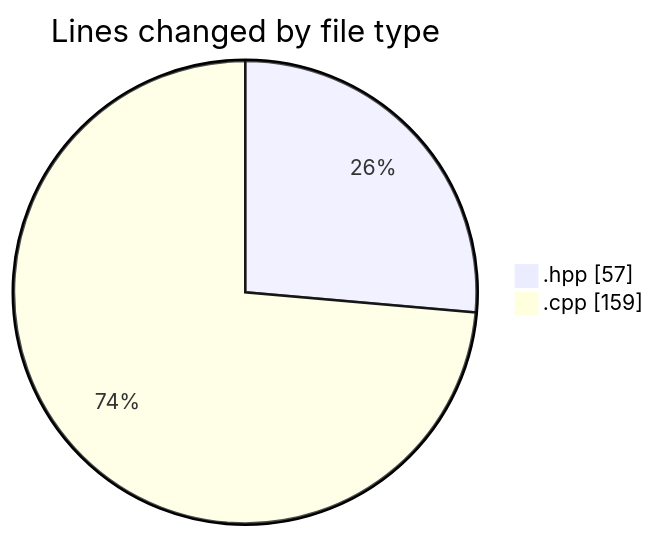
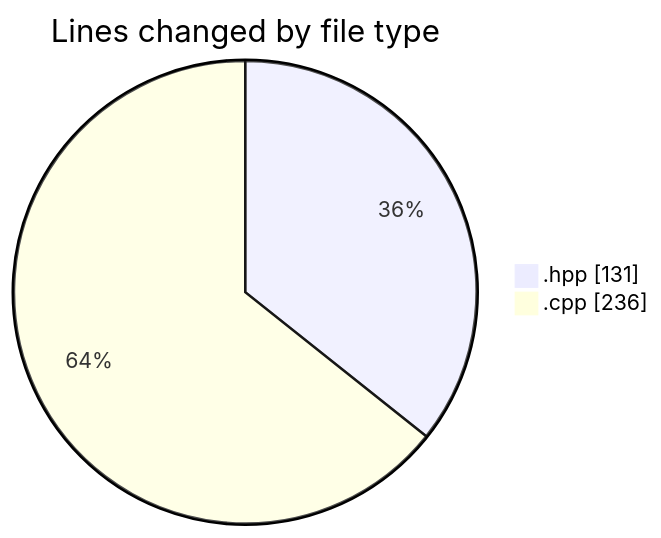
The first of 2 diagrams in 2025-05-04/date/README.md (Netris89/code-tracking), drawn with Mermaid before and after one commit. The commit also changed other lines of this file and 1 other file, not shown here.

````diff
--- a/2025-05-04/date/README.md
+++ b/2025-05-04/date/README.md
@@ -23,6 +25,6 @@
 ```mermaid
 pie showData
 title Lines changed by file type
-".hpp" : 57
-".cpp" : 159
+".hpp" : 131
+".cpp" : 236
 ```
````
